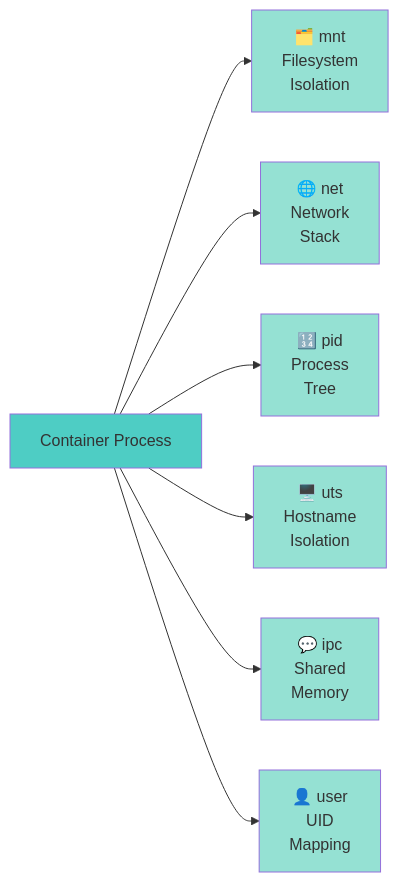
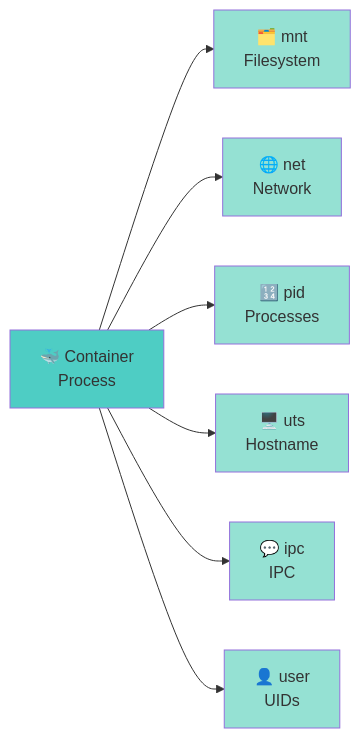
The eighth of 9 diagrams in series/web-security/w1-container-security-basics/materials/workshop-1-content.md (tfd-ed/tfd-workshop), drawn with Mermaid before and after one commit. The commit also changed other lines of this file, not shown here.

Commit message:
Fix namespace

````diff
--- a/series/web-security/w1-container-security-basics/materials/workshop-1-content.md
+++ b/series/web-security/w1-container-security-basics/materials/workshop-1-content.md
@@ -463,19 +463,20 @@
 ```mermaid
 graph LR
-    Container["Container Process"]
+    Container["🐳 Container<br/>Process"]
     
-    Container --> MNT["🗂️ mnt<br/>Filesystem<br/>Isolation"]
-    Container --> NET["🌐 net<br/>Network<br/>Stack"]
-    Container --> PID["🔢 pid<br/>Process<br/>Tree"]
-    Container --> UTS["🖥️ uts<br/>Hostname<br/>Isolation"]
-    Container --> IPC["💬 ipc<br/>Shared<br/>Memory"]
-    Container --> USER["👤 user<br/>UID<br/>Mapping"]
+    Container --> NS1["🗂️ mnt<br/>Filesystem"]
+    Container --> NS2["🌐 net<br/>Network"]
+    Container --> NS3["🔢 pid<br/>Processes"]
+    
+    Container --> NS4["🖥️ uts<br/>Hostname"]
+    Container --> NS5["💬 ipc<br/>IPC"]
+    Container --> NS6["👤 user<br/>UIDs"]
     
     style Container fill:#4ecdc4
-    style MNT fill:#95e1d3
-    style NET fill:#95e1d3
-    style PID fill:#95e1d3
-    style UTS fill:#95e1d3
-    style IPC fill:#95e1d3
-    style USER fill:#95e1d3
+    style NS1 fill:#95e1d3
+    style NS2 fill:#95e1d3
+    style NS3 fill:#95e1d3
+    style NS4 fill:#95e1d3
+    style NS5 fill:#95e1d3
+    style NS6 fill:#95e1d3
 ```
````
